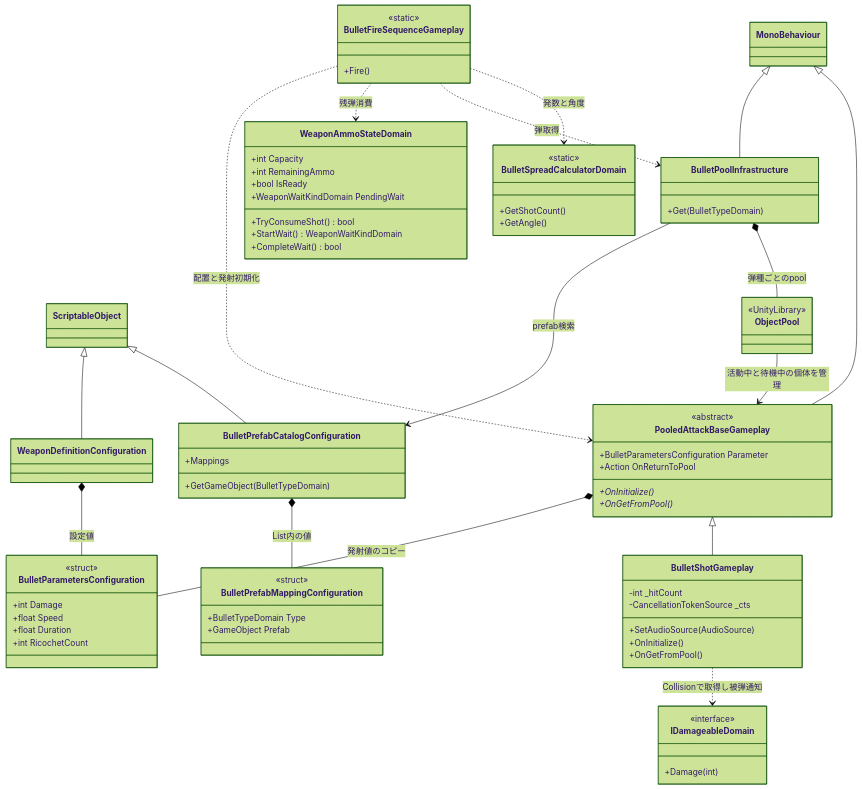
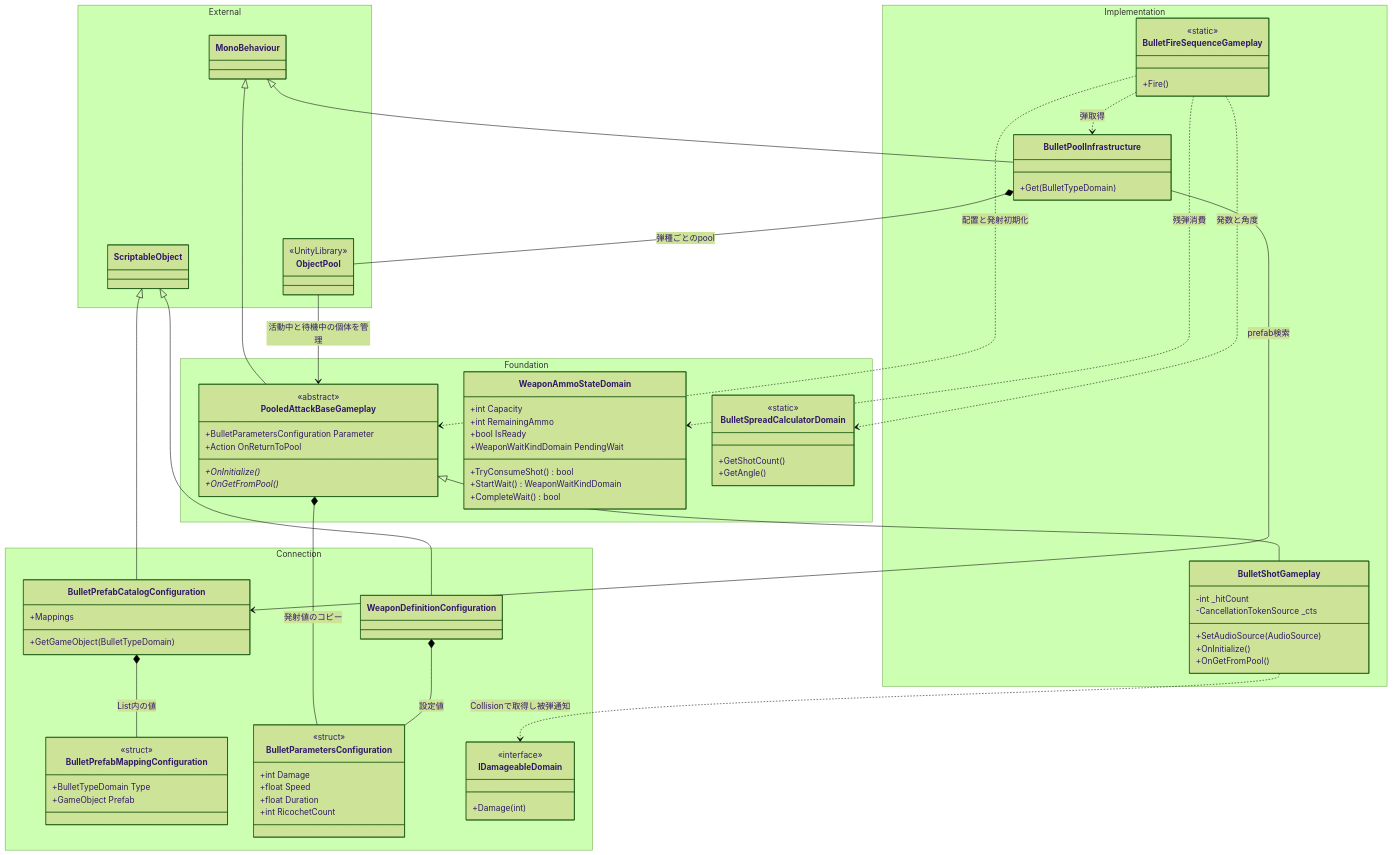
Before and after one commit to AoiTomiyama/kojinProjectFeb3D: the second of 3 diagrams in docs/specs/architecture-classes.md, drawn with Mermaid (forest theme). The commit also changed other lines of this file and 5 other files, not shown here.

Commit message:
[docs] 全設計図に役割配色と責務の囲みを追加

````diff
--- a/docs/specs/architecture-classes.md
+++ b/docs/specs/architecture-classes.md
@@ -86,65 +96,73 @@
 ```mermaid
 classDiagram
-    class MonoBehaviour
-    class ScriptableObject
-    class PooledAttackBaseGameplay {
-      <<abstract>>
-      +BulletParametersConfiguration Parameter
-      +Action OnReturnToPool
-      +OnInitialize()*
-      +OnGetFromPool()*
+    namespace Foundation {
+        class PooledAttackBaseGameplay {
+          <<abstract>>
+          +BulletParametersConfiguration Parameter
+          +Action OnReturnToPool
+          +OnInitialize()*
+          +OnGetFromPool()*
+        }
+        class WeaponAmmoStateDomain {
+          +int Capacity
+          +int RemainingAmmo
+          +bool IsReady
+          +WeaponWaitKindDomain PendingWait
+          +TryConsumeShot() bool
+          +StartWait() WeaponWaitKindDomain
+          +CompleteWait() bool
+        }
+        class BulletSpreadCalculatorDomain {
+          <<static>>
+          +GetShotCount()
+          +GetAngle()
+        }
     }
-    class BulletShotGameplay {
-      -int _hitCount
-      -CancellationTokenSource _cts
-      +SetAudioSource(AudioSource)
-      +OnInitialize()
-      +OnGetFromPool()
+    namespace Implementation {
+        class BulletShotGameplay {
+          -int _hitCount
+          -CancellationTokenSource _cts
+          +SetAudioSource(AudioSource)
+          +OnInitialize()
+          +OnGetFromPool()
+        }
+        class BulletPoolInfrastructure {
+          +Get(BulletTypeDomain)
+        }
+        class BulletFireSequenceGameplay {
+          <<static>>
+          +Fire()
+        }
     }
-    class BulletPoolInfrastructure {
-      +Get(BulletTypeDomain)
+    namespace Connection {
+        class BulletPrefabCatalogConfiguration {
+          +Mappings
+          +GetGameObject(BulletTypeDomain)
+        }
+        class BulletPrefabMappingConfiguration {
+          <<struct>>
+          +BulletTypeDomain Type
+          +GameObject Prefab
+        }
+        class WeaponDefinitionConfiguration
+        class BulletParametersConfiguration {
+          <<struct>>
+          +int Damage
+          +float Speed
+          +float Duration
+          +int RicochetCount
+        }
+        class IDamageableDomain {
+          <<interface>>
+          +Damage(int)
+        }
     }
-    class BulletPrefabCatalogConfiguration {
-      +Mappings
-      +GetGameObject(BulletTypeDomain)
-    }
-    class BulletPrefabMappingConfiguration {
-      <<struct>>
-      +BulletTypeDomain Type
-      +GameObject Prefab
-    }
-    class WeaponDefinitionConfiguration
-    class BulletParametersConfiguration {
-      <<struct>>
-      +int Damage
-      +float Speed
-      +float Duration
-      +int RicochetCount
-    }
-    class WeaponAmmoStateDomain {
-      +int Capacity
-      +int RemainingAmmo
-      +bool IsReady
-      +WeaponWaitKindDomain PendingWait
-      +TryConsumeShot() bool
-      +StartWait() WeaponWaitKindDomain
-      +CompleteWait() bool
-    }
-    class BulletFireSequenceGameplay {
-      <<static>>
-      +Fire()
-    }
-    class BulletSpreadCalculatorDomain {
-      <<static>>
-      +GetShotCount()
-      +GetAngle()
-    }
-    class ObjectPool {
-      <<UnityLibrary>>
-    }
-    class IDamageableDomain {
-      <<interface>>
-      +Damage(int)
+    namespace External {
+        class MonoBehaviour
+        class ScriptableObject
+        class ObjectPool {
+          <<UnityLibrary>>
+        }
     }
     MonoBehaviour <|-- PooledAttackBaseGameplay
     PooledAttackBaseGameplay <|-- BulletShotGameplay
````
